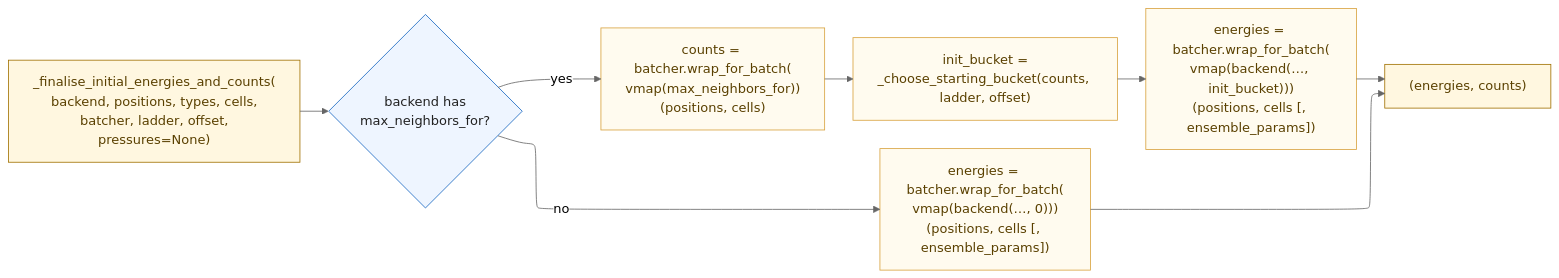
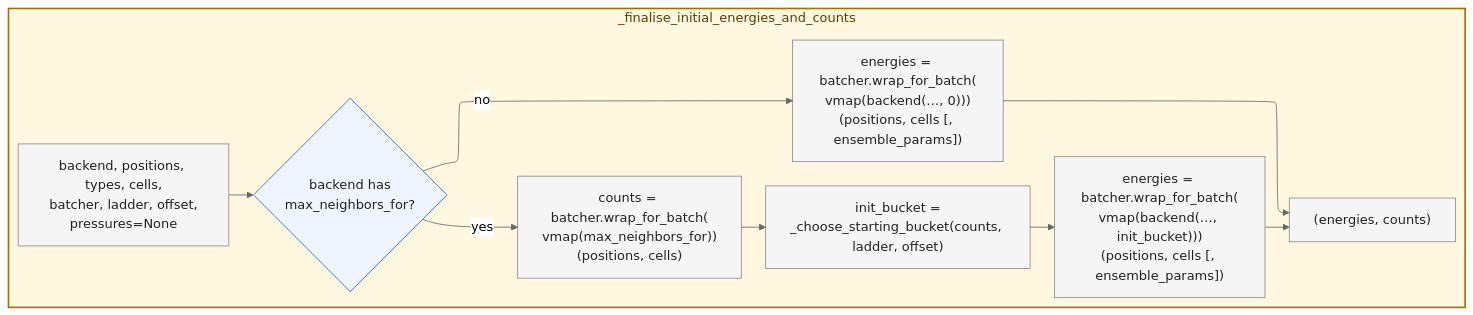
One commit to nunglert/jaxrens changed the fourth of 5 diagrams in docs/user/concepts/schema_resolve.md. Above: the diagram before and after it, drawn with Mermaid (neutral theme). The commit also changed other lines of this file and 13 other files, not shown here.

````diff
--- a/docs/user/concepts/schema_resolve.md
+++ b/docs/user/concepts/schema_resolve.md
@@ -199,26 +199,30 @@
 ```{mermaid}
 %%{init: {"layout": "elk"}}%%
 flowchart LR
-    FN["_finalise_initial_energies_and_counts(<br>backend, positions, types, cells,<br>batcher, ladder, offset,<br>pressures=None)"]
-    HAS{"backend has<br>max_neighbors_for?"}
-    CNT["counts = batcher.wrap_for_batch(<br>vmap(max_neighbors_for))(positions, cells)"]
-    BUCK["init_bucket =<br>_choose_starting_bucket(counts, ladder, offset)"]
-    EN["energies = batcher.wrap_for_batch(<br>vmap(backend(…, init_bucket)))<br>(positions, cells [, ensemble_params])"]
-    EN0["energies = batcher.wrap_for_batch(<br>vmap(backend(…, 0)))<br>(positions, cells [, ensemble_params])"]
-    OUTF["(energies, counts)"]
+    subgraph FIN["_finalise_initial_energies_and_counts"]
+        direction LR
+        FN["backend, positions, types, cells,<br>batcher, ladder, offset,<br>pressures=None"]
+        HAS{"backend has<br>max_neighbors_for?"}
+        CNT["counts = batcher.wrap_for_batch(<br>vmap(max_neighbors_for))(positions, cells)"]
+        BUCK["init_bucket =<br>_choose_starting_bucket(counts, ladder, offset)"]
+        EN["energies = batcher.wrap_for_batch(<br>vmap(backend(…, init_bucket)))<br>(positions, cells [, ensemble_params])"]
+        EN0["energies = batcher.wrap_for_batch(<br>vmap(backend(…, 0)))<br>(positions, cells [, ensemble_params])"]
+        OUTF["(energies, counts)"]
 
-    FN --> HAS
-    HAS -- yes --> CNT --> BUCK --> EN --> OUTF
-    HAS -- no --> EN0 --> OUTF
+        FN --> HAS
+        HAS -- yes --> CNT --> BUCK --> EN --> OUTF
+        HAS -- no --> EN0 --> OUTF
+    end
 
-    classDef finBox fill:#fff7e0,stroke:#a07000,color:#5a4000
-    classDef finInner fill:#fffbef,stroke:#d8a23e,color:#5a4000
+    classDef pyBox fill:#f5f5f5,stroke:#888,color:#222
     classDef decision fill:#eef5ff,stroke:#1565c0,color:#222
-    FN:::finBox
-    OUTF:::finBox
-    CNT:::finInner
-    BUCK:::finInner
-    EN:::finInner
-    EN0:::finInner
+    classDef finFrame fill:#fff7e0,stroke:#a07000,stroke-width:2px,color:#5a4000
+    FN:::pyBox
+    OUTF:::pyBox
+    CNT:::pyBox
+    BUCK:::pyBox
+    EN:::pyBox
+    EN0:::pyBox
     HAS:::decision
+    class FIN finFrame
 ```
````
